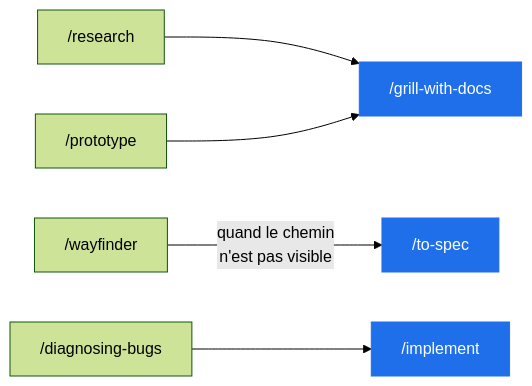
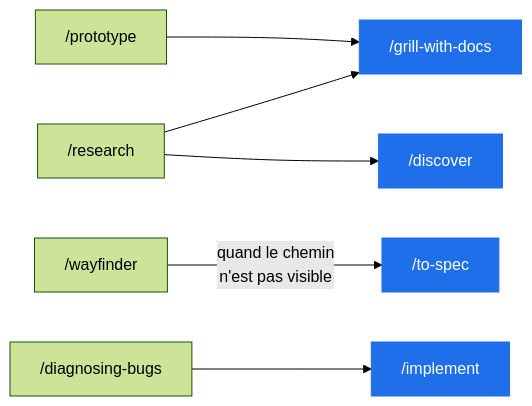
One commit to VFahet/ai-native-sdd-setup changed the second of 2 diagrams in FLUX.md. Above: the diagram before and after it, drawn with Mermaid (forest theme). The commit also changed other lines of this file and 22 other files, not shown here.

````diff
--- a/FLUX.md
+++ b/FLUX.md
@@ -69,11 +78,13 @@
 ```mermaid
 flowchart LR
     R["/research"] --> G["/grill-with-docs"]
+    R --> D["/discover"]
     PR["/prototype"] --> G
     W["/wayfinder"] -- "quand le chemin<br/>n'est pas visible" --> TS["/to-spec"]
     DB["/diagnosing-bugs"] --> I["/implement"]
 
+    style D fill:#1f6feb,stroke:#1f6feb,color:#fff
     style G fill:#1f6feb,stroke:#1f6feb,color:#fff
     style TS fill:#1f6feb,stroke:#1f6feb,color:#fff
     style I fill:#1f6feb,stroke:#1f6feb,color:#fff
 ```
````
